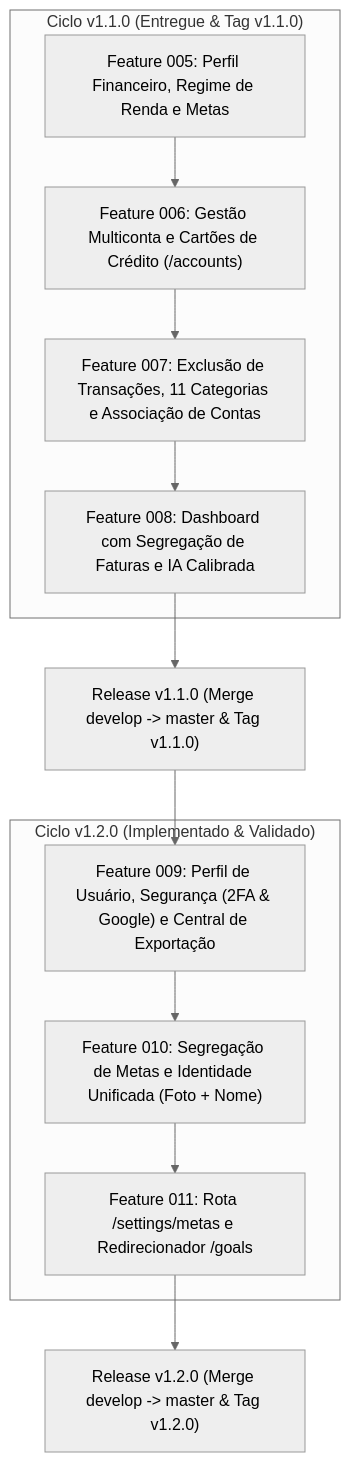
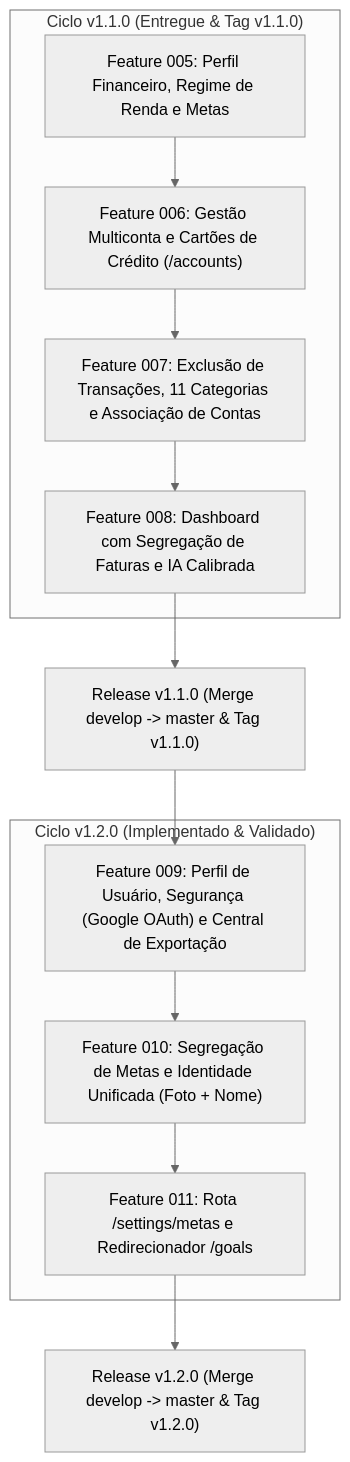
One commit to Projeto-TCC-Dash/projeto-frontend-dashboard changed the diagram in ROADMAP.md. Above: the diagram before and after it, drawn with Mermaid (neutral theme). The commit also changed other lines of this file and 25 other files, not shown here.

````diff
--- a/ROADMAP.md
+++ b/ROADMAP.md
@@ -32,21 +32,21 @@
 ```mermaid
 flowchart TD
     subgraph v110 ["Ciclo v1.1.0 (Entregue & Tag v1.1.0)"]
         F005["Feature 005: Perfil Financeiro, Regime de Renda e Metas"]
         F006["Feature 006: Gestão Multiconta e Cartões de Crédito (/accounts)"]
         F007["Feature 007: Exclusão de Transações, 11 Categorias e Associação de Contas"]
         F008["Feature 008: Dashboard com Segregação de Faturas e IA Calibrada"]
     end
 
     subgraph v120 ["Ciclo v1.2.0 (Implementado & Validado)"]
-        F009["Feature 009: Perfil de Usuário, Segurança (2FA & Google) e Central de Exportação"]
+        F009["Feature 009: Perfil de Usuário, Segurança (Google OAuth) e Central de Exportação"]
         F010["Feature 010: Segregação de Metas e Identidade Unificada (Foto + Nome)"]
         F011["Feature 011: Rota /settings/metas e Redirecionador /goals"]
     end
 
     F005 --> F006 --> F007 --> F008
     F008 --> Release110["Release v1.1.0 (Merge develop -> master & Tag v1.1.0)"]
     Release110 --> F009
     F009 --> F010 --> F011
     F011 --> Release120["Release v1.2.0 (Merge develop -> master & Tag v1.2.0)"]
 ```
````
